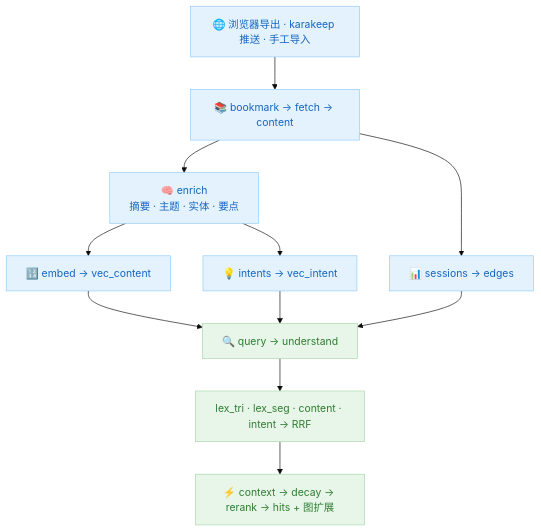
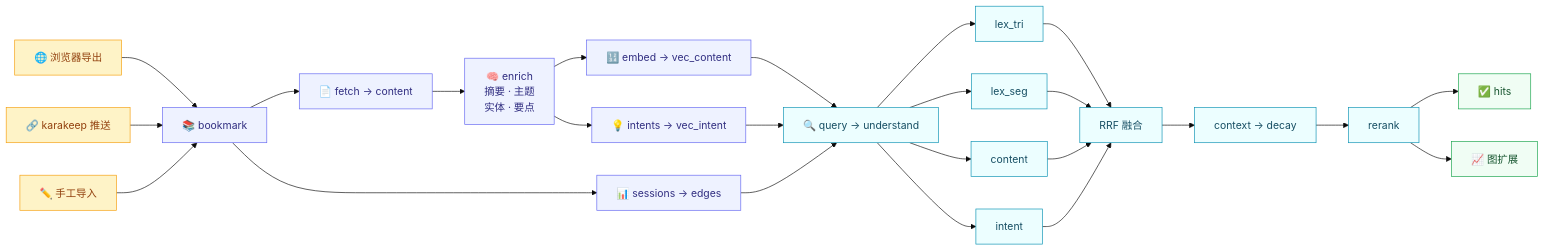
The diagram in README.zh-CN.md (88lin/facetmark), drawn with Mermaid (base theme) before and after one commit. The commit also changed 1 other file, not shown here.

Commit message:
docs: Mermaid 改为横向 flowchart LR，补全所有细节，配色对齐参考仓库

````diff
--- a/README.zh-CN.md
+++ b/README.zh-CN.md
@@ -61,19 +61,35 @@
 ```mermaid
-flowchart TB
-    A["🌐 浏览器导出 · karakeep 推送 · 手工导入"]
-    A --> B["📚 bookmark → fetch → content"]
-    B --> C["🧠 enrich<br/>摘要 · 主题 · 实体 · 要点"]
-    C --> D["🔢 embed → vec_content"]
-    C --> E["💡 intents → vec_intent"]
-    B --> F["📊 sessions → edges"]
-    D --> G["🔍 query → understand"]
-    E --> G
-    F --> G
-    G --> H["lex_tri · lex_seg · content · intent → RRF"]
-    H --> I["⚡ context → decay → rerank → hits + 图扩展"]
+flowchart LR
+    A1["🌐 浏览器导出"] --> B["📚 bookmark"]
+    A2["🔗 karakeep 推送"] --> B
+    A3["✏️ 手工导入"] --> B
+    B --> C["📄 fetch → content"]
+    C --> D["🧠 enrich<br/>摘要 · 主题<br/>实体 · 要点"]
+    D --> E["🔢 embed → vec_content"]
+    D --> F["💡 intents → vec_intent"]
+    B --> G["📊 sessions → edges"]
+    E --> H["🔍 query → understand"]
+    F --> H
+    G --> H
+    H --> I1["lex_tri"]
+    H --> I2["lex_seg"]
+    H --> I3["content"]
+    H --> I4["intent"]
+    I1 --> J["RRF 融合"]
+    I2 --> J
+    I3 --> J
+    I4 --> J
+    J --> K["context → decay"]
+    K --> L["rerank"]
+    L --> M["✅ hits"]
+    L --> N["📈 图扩展"]
 
-    classDef index fill:#e3f2fd,stroke:#90caf9,color:#1565c0
-    classDef query fill:#e8f5e9,stroke:#a5d6a7,color:#2e7d32
-    class A,B,C,D,E,F index
-    class G,H,I query
+    classDef input fill:#fef3c7,stroke:#f59e0b,color:#92400e
+    classDef index fill:#eef2ff,stroke:#6366f1,color:#312e81
+    classDef query fill:#ecfeff,stroke:#0891b2,color:#164e63
+    classDef output fill:#f0fdf4,stroke:#16a34a,color:#14532d
+    class A1,A2,A3 input
+    class B,C,D,E,F,G index
+    class H,I1,I2,I3,I4,J,K,L query
+    class M,N output
 ```
````
